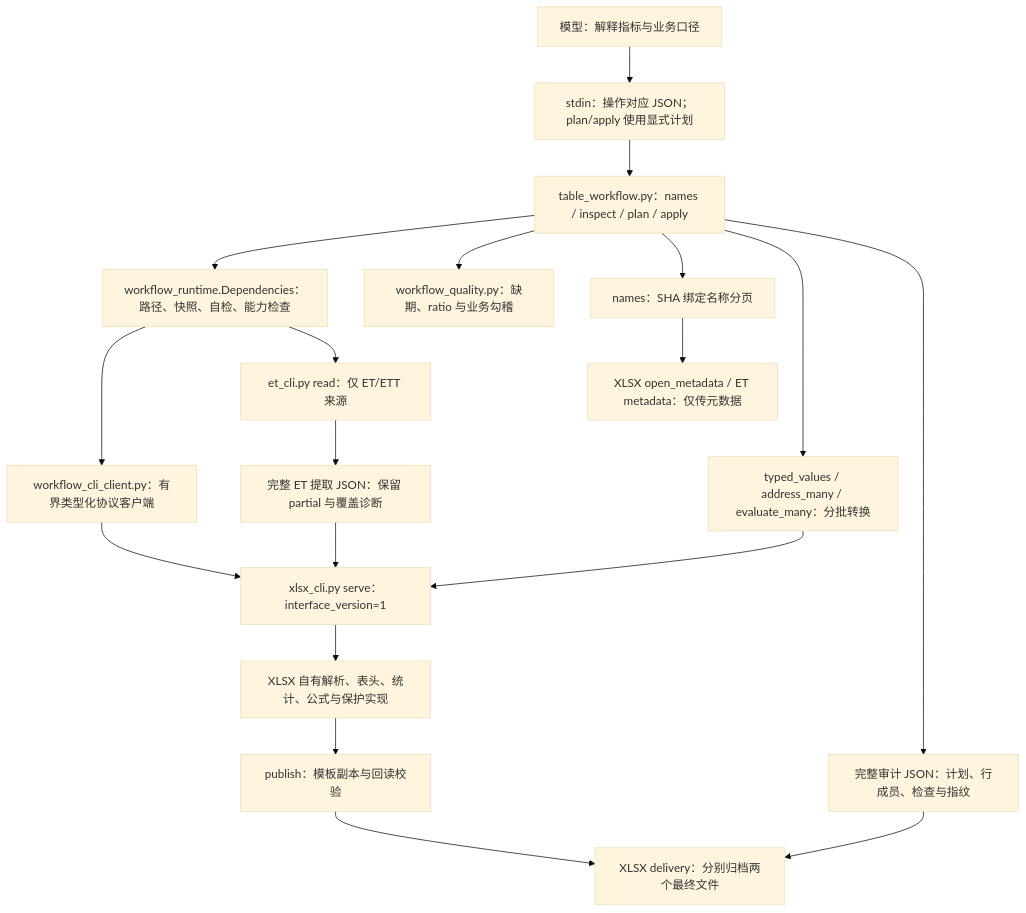
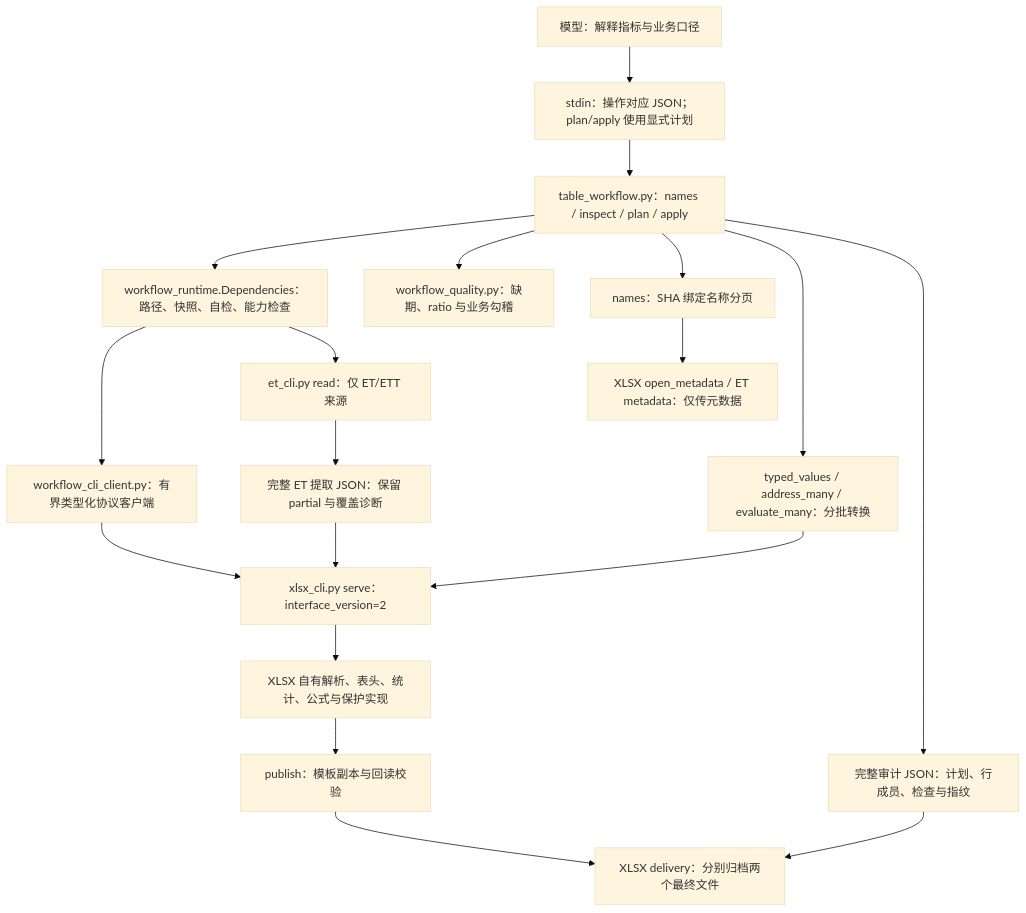
The first of 2 diagrams in docs/skills/table-workflow.md (JohnParken/PSL-SKILLS), drawn with Mermaid (base theme) before and after one commit. The commit also changed other lines of this file and 62 other files, not shown here.

````diff
--- a/docs/skills/table-workflow.md
+++ b/docs/skills/table-workflow.md
@@ -20,21 +22,21 @@
 ```mermaid
 flowchart TD
     A["模型：解释指标与业务口径"] --> B["stdin：操作对应 JSON；plan/apply 使用显式计划"]
     B --> C["table_workflow.py：names / inspect / plan / apply"]
     C --> D["workflow_runtime.Dependencies：路径、快照、自检、能力检查"]
     C --> E["workflow_quality.py：缺期、ratio 与业务勾稽"]
     D --> F["workflow_cli_client.py：有界类型化协议客户端"]
-    F --> G["xlsx_cli.py serve：interface_version=1"]
+    F --> G["xlsx_cli.py serve：interface_version=2"]
     D --> H["et_cli.py read：仅 ET/ETT 来源"]
     H --> I["完整 ET 提取 JSON：保留 partial 与覆盖诊断"]
     I --> G
     G --> J["XLSX 自有解析、表头、统计、公式与保护实现"]
     C --> Q["names：SHA 绑定名称分页"]
     Q --> R["XLSX open_metadata / ET metadata：仅传元数据"]
     C --> S["typed_values / address_many / evaluate_many：分批转换"]
     S --> G
     J --> K["publish：模板副本与回读校验"]
     C --> L["完整审计 JSON：计划、行成员、检查与指纹"]
     K --> M["XLSX delivery：分别归档两个最终文件"]
     L --> M
 ```
````
